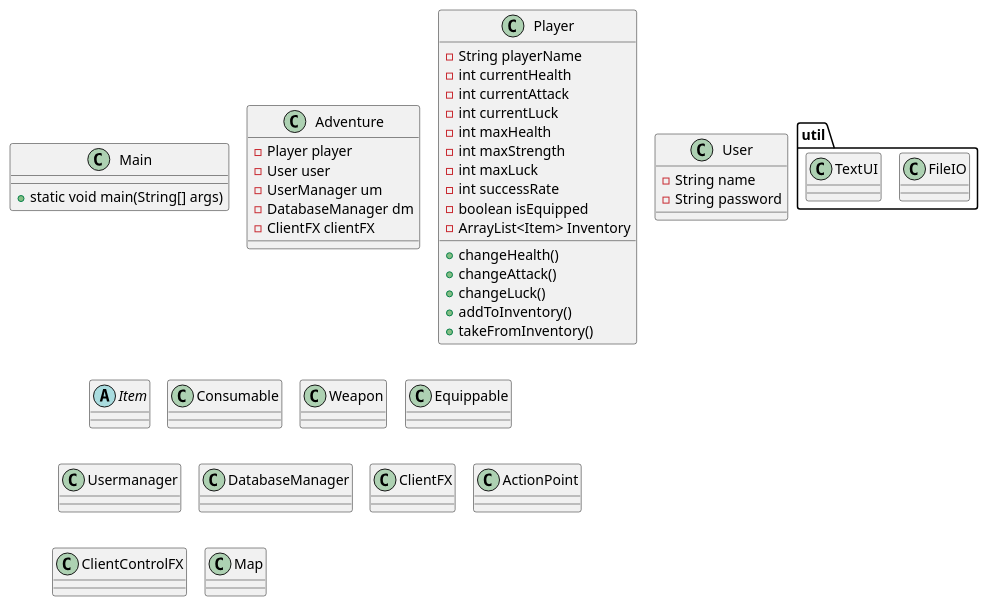
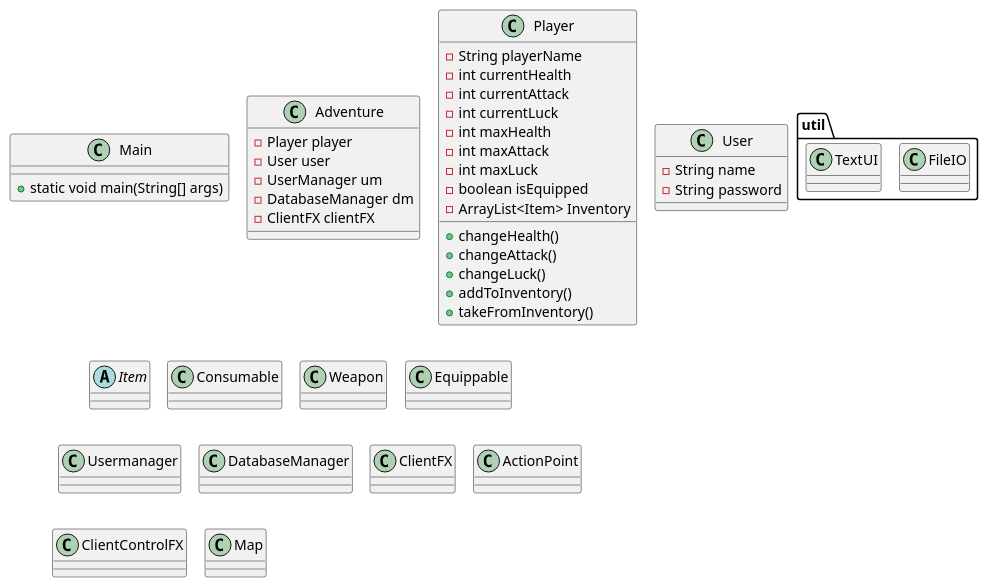
The diagram in doc/Version0.puml (EmilXavierVT/2025ICE), drawn with PlantUML before and after one commit. The commit also changed 27 other files, not shown here.

```diff
--- a/doc/Version0.puml
+++ b/doc/Version0.puml
@@ -1,90 +1,89 @@
 @startuml
 !pragma layout smetana
 'https://plantuml.com/class-diagram
 
 
 class Main{
 
 + static void main(String[] args)
 }
 
 
 class Adventure{
 -Player player
 - User user
 - UserManager um
 - DatabaseManager dm
 -ClientFX clientFX
 
 }
 
 class Player{
 -String playerName
 -int currentHealth
 -int currentAttack
 - int currentLuck
 -int maxHealth
--int maxStrength
+-int maxAttack
 -int maxLuck
--int successRate
 -boolean isEquipped
 -ArrayList<Item> Inventory
 
 + changeHealth()
 + changeAttack()
 + changeLuck()
 + addToInventory()
 + takeFromInventory()
 
 
 '+ getPlayerName()
 '+ setPlayerName()
 '+ getCurrentHealth()
 '+ setCurrentHealth()
 '+getCurrentAttack()
 '+setCurrentAttack()
 '+getCurrentLuck()
 '+setCurrentLuck()
 '+getMaxHealth()
 '+setMaxHealth()
 '+getMaxStrength()
 '+setMaxStrength()
 '+getMaxLuck()
 '+setMaxLuck()
 '+getIsEquipped()
 '+setIsEquipped()
 '+getInventory()
 '+setInventory()
 '+addToInventory()
 
 
 
 
 }
 
 
 class User{
 -String name
 -String password
 }
 abstract class Item
 class Consumable
 class Weapon
 class Equippable
 
 package util{
 class FileIO
 class TextUI
 }
 
 
 class Usermanager
 class DatabaseManager
 class ClientFX
 class ActionPoint
 class ClientControlFX
 class Map
 
 
 
 @enduml
```
